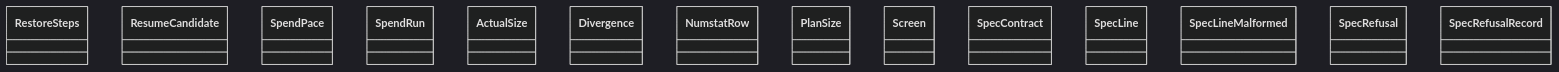
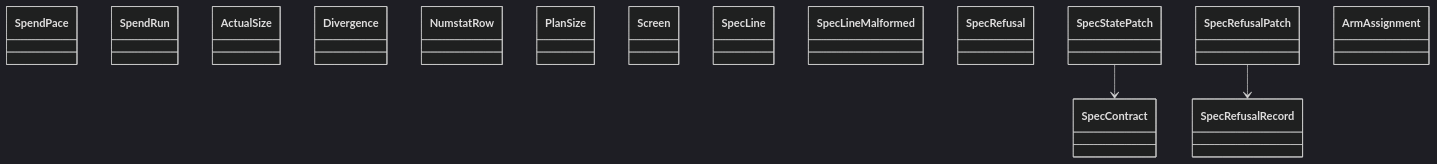
One commit to GonzaloZevallos/agentic-system changed the diagram in docs/architecture/generated/classes-process-domain-state-3.md. Above: the diagram before and after it, drawn with Mermaid (dark theme). The commit also changed other lines of this file and 22 other files, not shown here.

Commit message:
Regenerate the architecture docs after merging master

````diff
--- a/docs/architecture/generated/classes-process-domain-state-3.md
+++ b/docs/architecture/generated/classes-process-domain-state-3.md
@@ -30,17 +30,20 @@
 ```mermaid
 classDiagram
-    class rules__RestoreSteps["RestoreSteps"]
-    class rules__ResumeCandidate["ResumeCandidate"]
     class rules__SpendPace["SpendPace"]
     class rules__SpendRun["SpendRun"]
     class size_budget__ActualSize["ActualSize"]
     class size_budget__Divergence["Divergence"]
     class size_budget__NumstatRow["NumstatRow"]
     class size_budget__PlanSize["PlanSize"]
     class spec_delivery__Screen["Screen"]
     class spec_delivery__SpecContract["SpecContract"]
     class spec_delivery__SpecLine["SpecLine"]
     class spec_delivery__SpecLineMalformed["SpecLineMalformed"]
     class spec_delivery__SpecRefusal["SpecRefusal"]
     class spec_delivery__SpecRefusalRecord["SpecRefusalRecord"]
+    class spec_delivery__SpecStatePatch["SpecStatePatch"]
+    class spec_route__SpecRefusalPatch["SpecRefusalPatch"]
+    class task__ArmAssignment["ArmAssignment"]
+    spec_delivery__SpecStatePatch --> spec_delivery__SpecContract
+    spec_route__SpecRefusalPatch --> spec_delivery__SpecRefusalRecord
 ```
````
